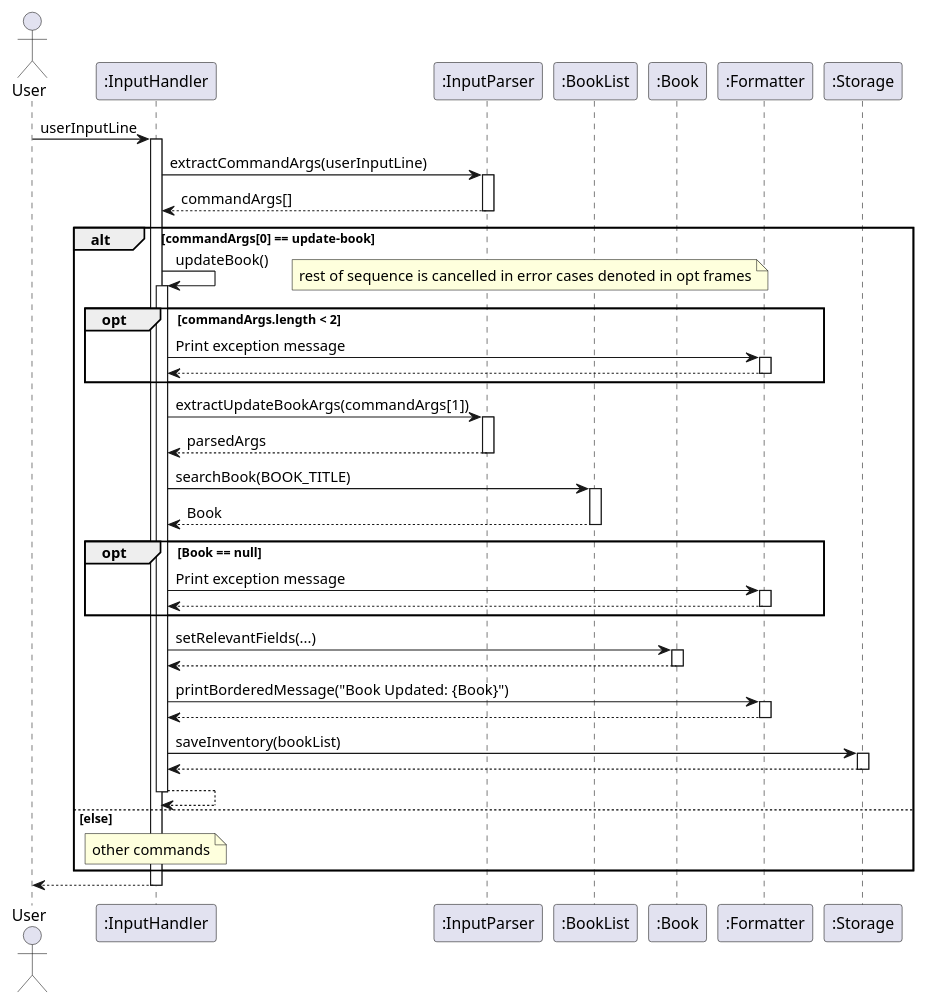
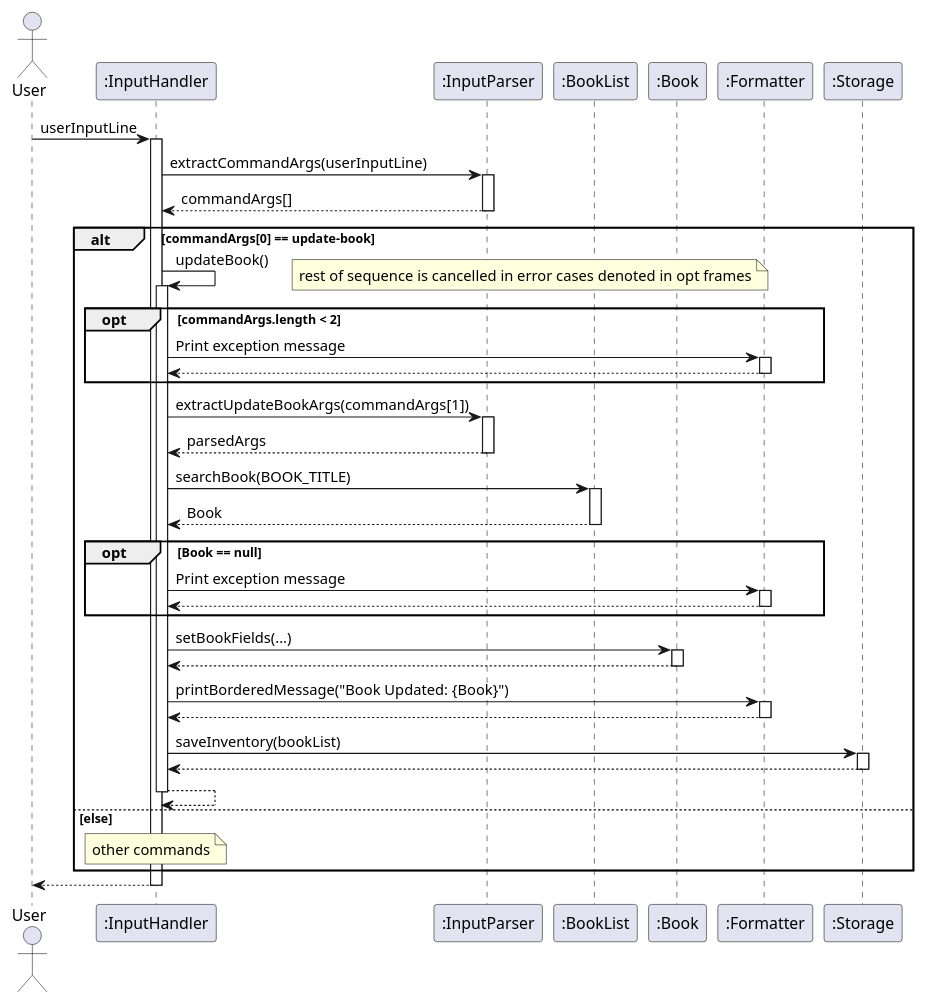
Before and after one commit to AY2425S2-CS2113-T12-2/tp: the diagram in docs/diagrams/updateBook.puml, drawn with PlantUML. The commit also changed 1 other file, not shown here.

```diff
--- a/docs/diagrams/updateBook.puml
+++ b/docs/diagrams/updateBook.puml
@@ -1,77 +1,77 @@
 @startuml
 actor User
 participant InputHandler as ":InputHandler"
 participant InputParser as ":InputParser"
 participant BookList as ":BookList"
 participant Book as ":Book"
 participant Formatter as ":Formatter"
 participant Storage as ":Storage"
 
 User -> InputHandler: userInputLine
 activate InputHandler
 
 InputHandler -> InputParser: extractCommandArgs(userInputLine)
 activate InputParser
 
 InputParser --> InputHandler: commandArgs[]
 deactivate InputParser
 
 alt commandArgs[0] == update-book
     InputHandler -> InputHandler : updateBook()
     activate InputHandler
 
     opt commandArgs.length < 2
         note right
         rest of sequence is cancelled in error cases denoted in opt frames
         end note
         InputHandler -> Formatter: Print exception message
         activate Formatter
         Formatter --> InputHandler
         deactivate Formatter
     end
 
     InputHandler -> InputParser: extractUpdateBookArgs(commandArgs[1])
     activate InputParser
 
     InputParser --> InputHandler: parsedArgs
     deactivate InputParser
 
     InputHandler -> BookList: searchBook(BOOK_TITLE)
     activate BookList
 
     BookList --> InputHandler: Book
     deactivate BookList
 
     opt Book == null
         InputHandler -> Formatter: Print exception message
         activate Formatter
         Formatter --> InputHandler
         deactivate Formatter
     end
-    InputHandler -> Book : setRelevantFields(...)
+    InputHandler -> Book : setBookFields(...)
     activate Book
     Book --> InputHandler
     deactivate Book
 
     InputHandler -> Formatter: printBorderedMessage("Book Updated: {Book}")
     activate Formatter
 
     Formatter --> InputHandler
     deactivate Formatter
 
     InputHandler -> Storage: saveInventory(bookList)
     activate Storage
 
     Storage --> InputHandler
     deactivate Storage
 
 InputHandler --> InputHandler
 deactivate InputHandler
 
 else else
     note over InputHandler : other commands
 end
 
 InputHandler --> User
 deactivate InputHandler
 @enduml
```
